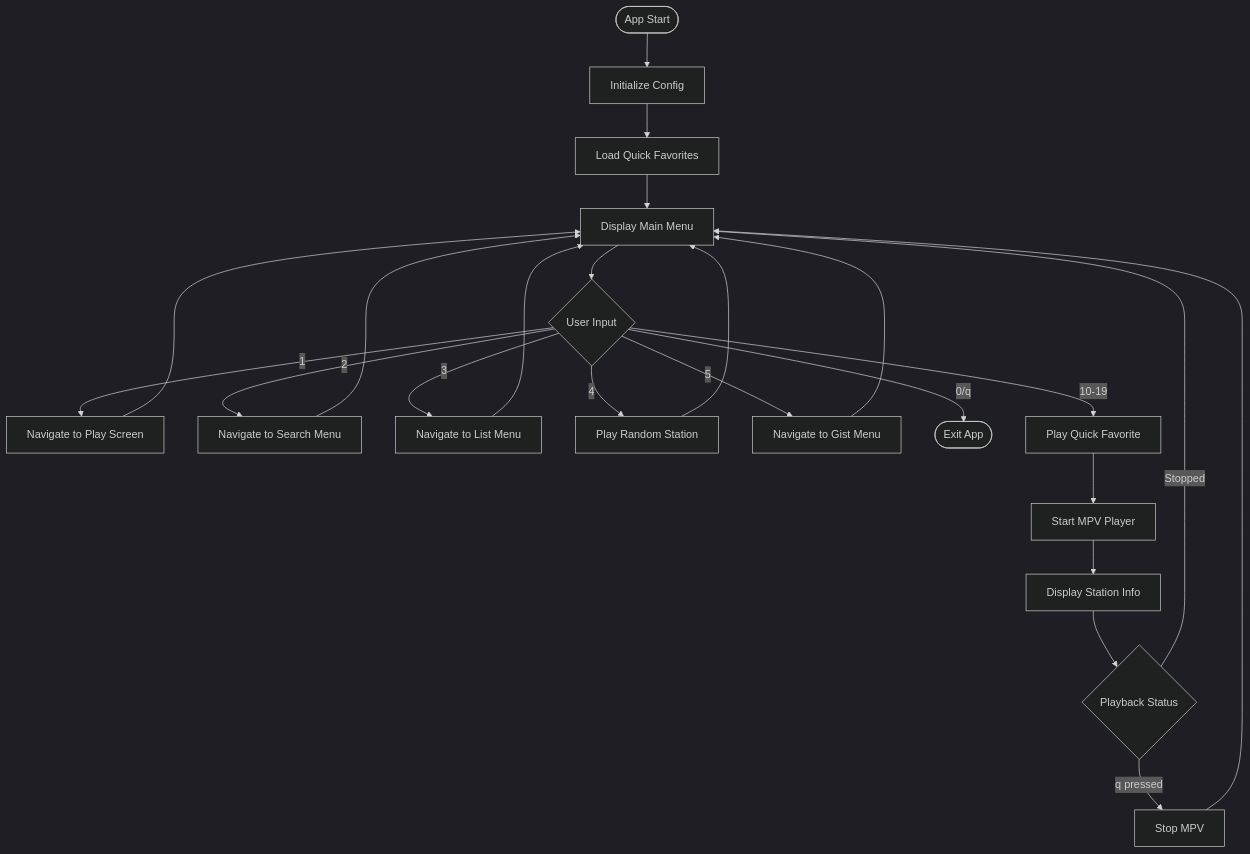
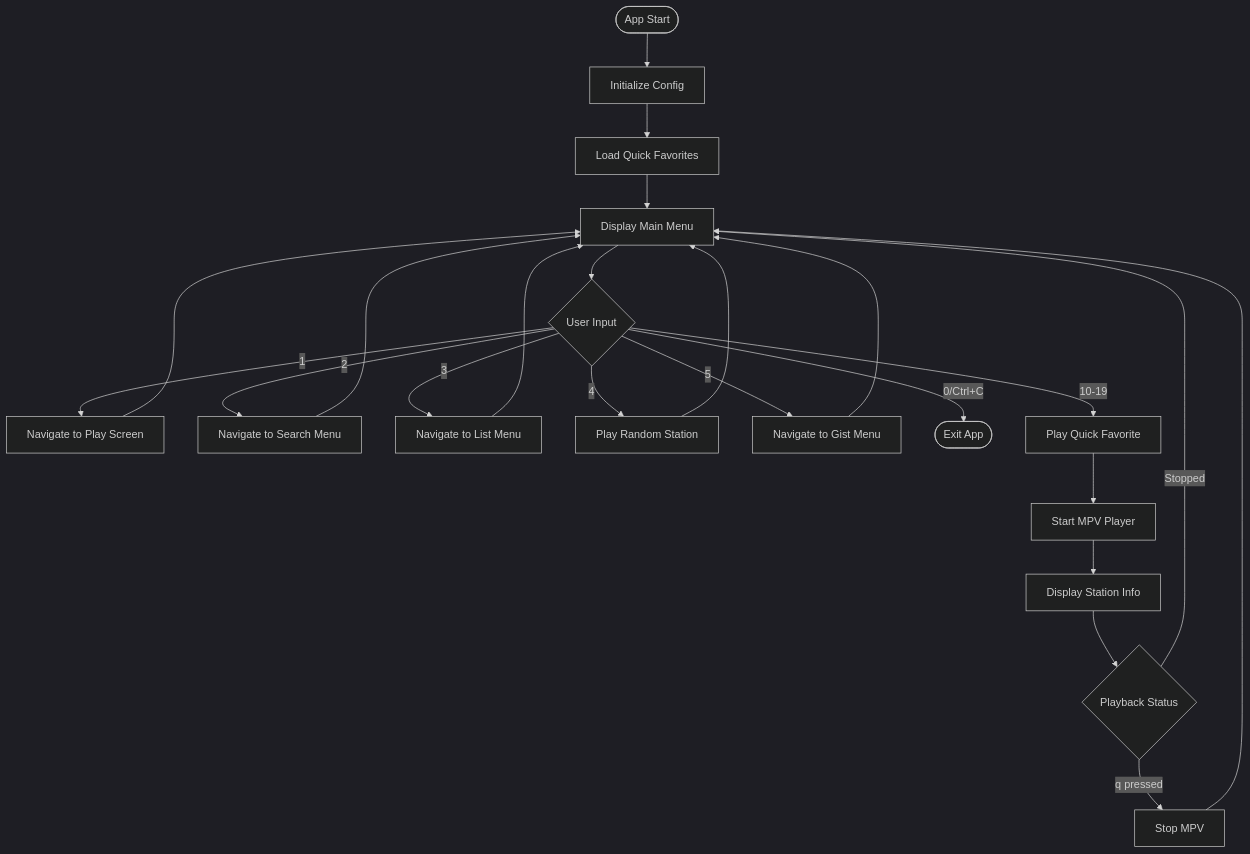
One commit to shinokada/tera changed the second of 13 diagrams in golang/spec-docs/flow-charts.md. Above: the diagram before and after it, drawn with Mermaid (dark theme). The commit also changed other lines of this file and 44 other files, not shown here.

````diff
--- a/golang/spec-docs/flow-charts.md
+++ b/golang/spec-docs/flow-charts.md
@@ -31,29 +31,29 @@
 ```mermaid
 flowchart TD
     Start([App Start]) --> Init[Initialize Config]
     Init --> LoadFav[Load Quick Favorites]
     LoadFav --> Display[Display Main Menu]
     
     Display --> Input{User Input}
     
     Input -->|1| Play[Navigate to Play Screen]
     Input -->|2| Search[Navigate to Search Menu]
     Input -->|3| List[Navigate to List Menu]
     Input -->|4| Lucky[Play Random Station]
     Input -->|5| Gist[Navigate to Gist Menu]
-    Input -->|0/q| Exit([Exit App])
+    Input -->|0/Ctrl+C| Exit([Exit App])
     Input -->|10-19| QuickPlay[Play Quick Favorite]
     
     QuickPlay --> MPV[Start MPV Player]
     MPV --> ShowInfo[Display Station Info]
     ShowInfo --> Playing{Playback Status}
     Playing -->|Stopped| Display
     Playing -->|q pressed| StopMPV[Stop MPV]
     StopMPV --> Display
     
     Play --> Display
     Search --> Display
     List --> Display
     Lucky --> Display
     Gist --> Display
 ```
````
